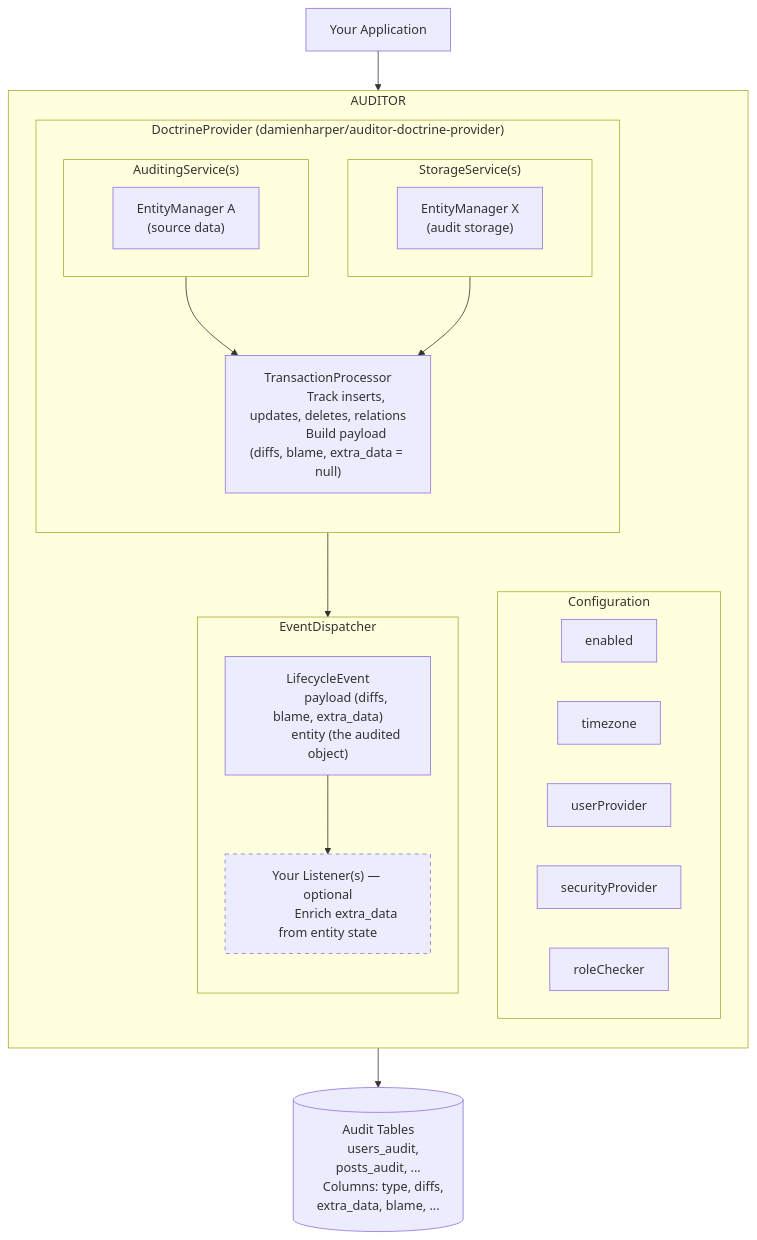
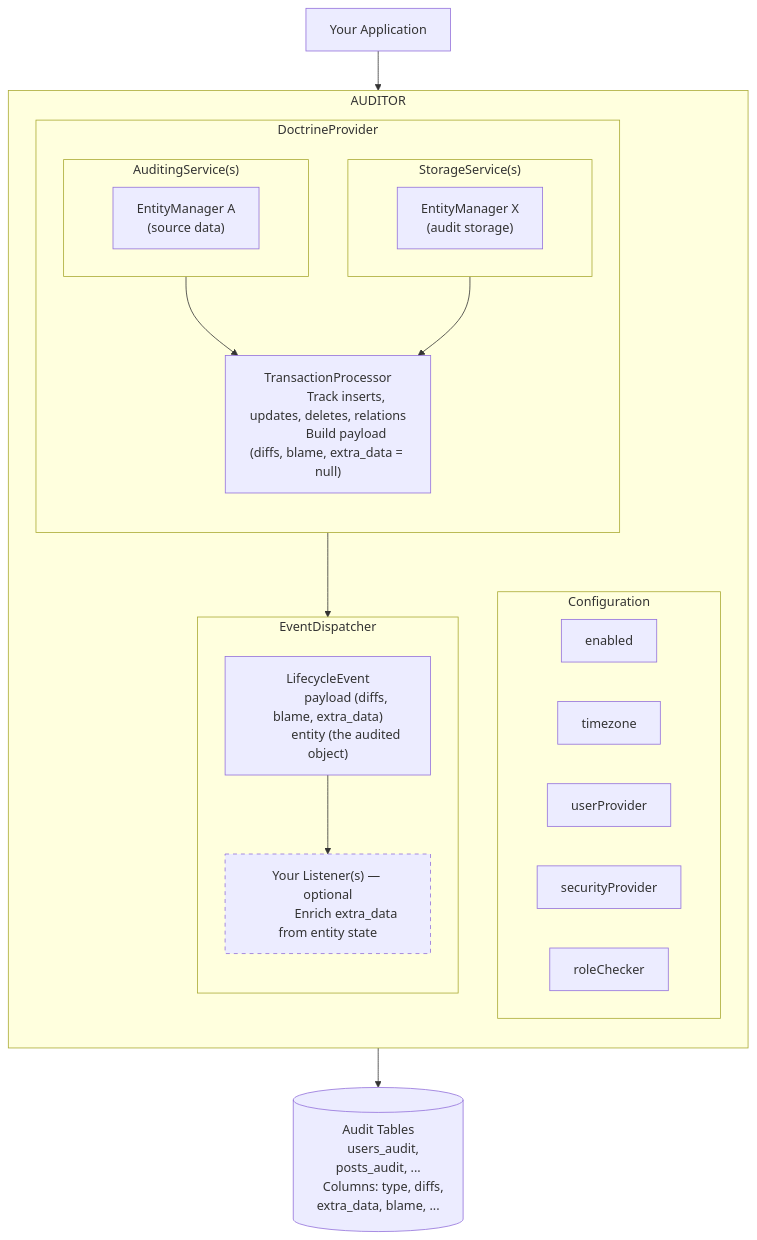
Before and after one commit to DamienHarper/auditor-docs: the diagram in docs/auditor/index.md, drawn with Mermaid. The commit also changed other lines of this file and 11 other files, not shown here.

First line of the commit message:
Revert "docs(auditor): reference auditor-doctrine-provider package extraction"

````diff
--- a/docs/auditor/index.md
+++ b/docs/auditor/index.md
@@ -37,60 +37,60 @@
 ```mermaid
 flowchart TD
     APP["Your Application"] --> AUDITOR
 
     subgraph AUDITOR["AUDITOR"]
         direction TB
 
         subgraph CONFIG["Configuration"]
             direction LR
             enabled
             timezone
             userProvider
             securityProvider
             roleChecker
         end
 
-        subgraph PROVIDER["DoctrineProvider (damienharper/auditor-doctrine-provider)"]
+        subgraph PROVIDER["DoctrineProvider"]
             direction TB
 
             subgraph AUDITING["AuditingService(s)"]
                 EMA["EntityManager A
                 (source data)"]
             end
 
             subgraph STORAGE["StorageService(s)"]
                 EMX["EntityManager X
                 (audit storage)"]
             end
 
             AUDITING --> TP
             STORAGE --> TP
 
             TP["TransactionProcessor
             Track inserts, updates, deletes, relations
             Build payload (diffs, blame, extra_data = null)"]
         end
 
         subgraph EVENTS["EventDispatcher"]
             direction TB
             TP --> LE
 
             LE["LifecycleEvent
             payload (diffs, blame, extra_data)
             entity (the audited object)"]
 
             LE --> LISTENER
 
             LISTENER["Your Listener(s) — optional
             Enrich extra_data from entity state"]:::optional
         end
     end
 
     LISTENER --> DB
 
     DB[("Audit Tables
     users_audit, posts_audit, ...
     Columns: type, diffs, extra_data, blame, ...")]
 
     classDef optional stroke-dasharray: 5 5
 ```
````
